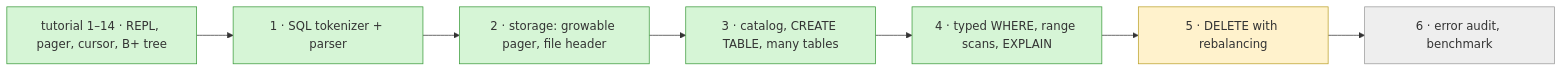
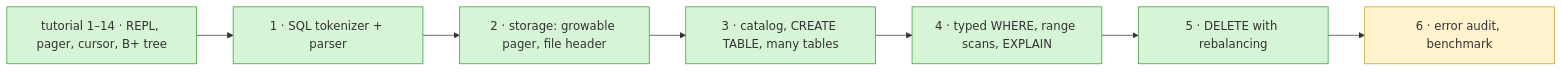
One commit to Rohitangshu2026/mini-sql changed diagram 24 of 24 in README.md. Above: the diagram before and after it, drawn with Mermaid. The commit also changed other lines of this file, not shown here.

````diff
--- a/README.md
+++ b/README.md
@@ -1538,17 +1680,15 @@
 ```mermaid
 flowchart LR
     A["tutorial 1–14 · REPL, pager, cursor, B+ tree"] --> S1["1 · SQL tokenizer + parser"]
     S1 --> S2["2 · storage: growable pager, file header"]
     S2 --> S3["3 · catalog, CREATE TABLE, many tables"]
     S3 --> S4["4 · typed WHERE, range scans, EXPLAIN"]
     S4 --> S5["5 · DELETE with rebalancing"]
     S5 --> S6["6 · error audit, benchmark"]
 
     classDef done fill:#d6f5d6,stroke:#3a9a3a;
     classDef now fill:#fff2cc,stroke:#bba12a;
-    classDef todo fill:#eeeeee,stroke:#999999;
 
-    class A,S1,S2,S3,S4 done;
-    class S5 now;
-    class S6 todo;
+    class A,S1,S2,S3,S4,S5 done;
+    class S6 now;
 ```
````
